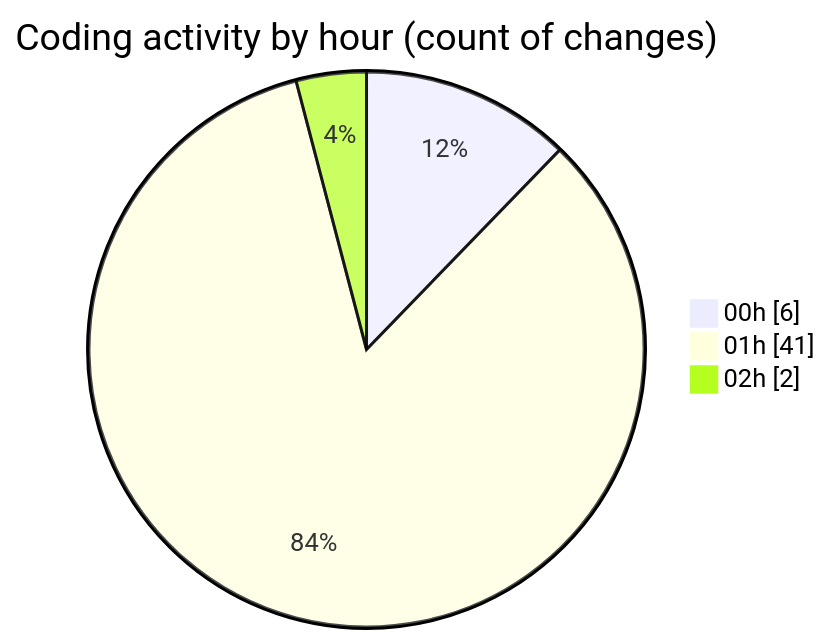
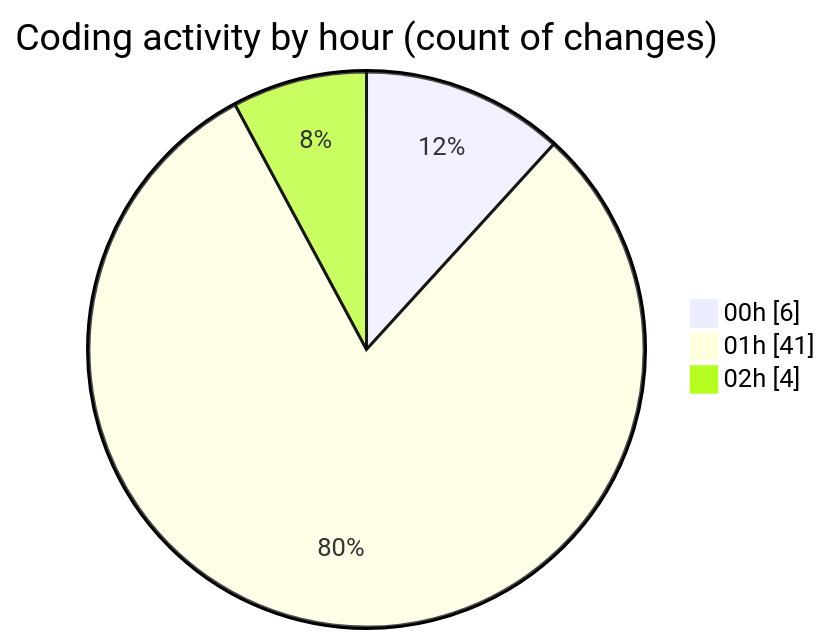
One commit to JenPaints/code-tracking changed the second of 2 diagrams in 2025-06-22/archive/README.md. Above: the diagram before and after it, drawn with Mermaid. The commit also changed other lines of this file and 1 other file, not shown here.

````diff
--- a/2025-06-22/archive/README.md
+++ b/2025-06-22/archive/README.md
@@ -35,7 +35,7 @@
 ```mermaid
 pie showData
 title Coding activity by hour (count of changes)
 "00h" : 6
 "01h" : 41
-"02h" : 2
+"02h" : 4
 ```
````
